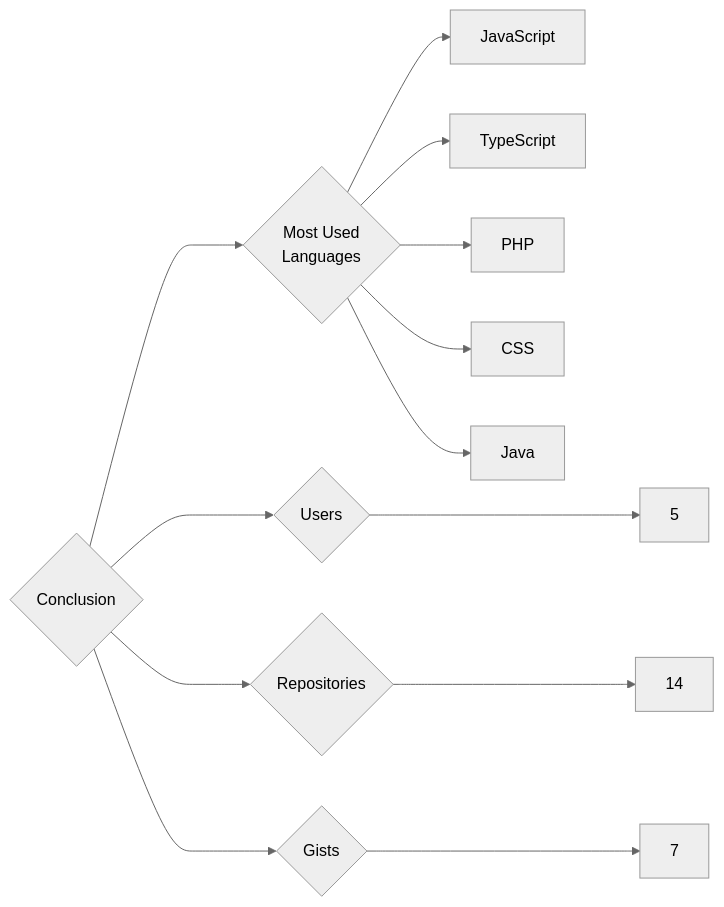
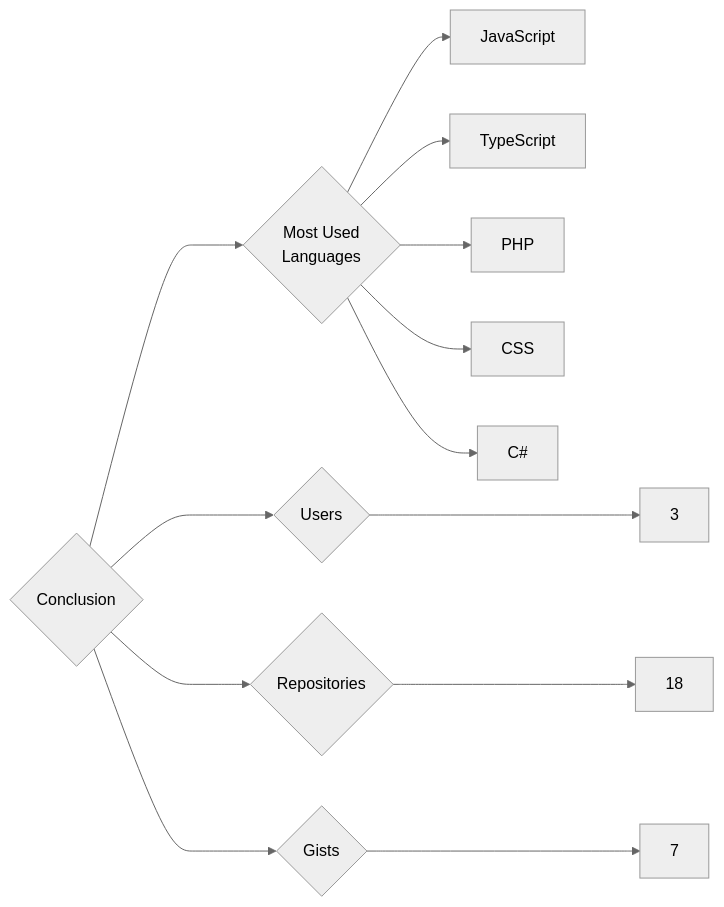
The diagram in targets/Conclusion/README.md (trickest/insiders), drawn with Mermaid (neutral theme) before and after one commit. The commit also changed 925 other files, not shown here.

````diff
--- a/targets/Conclusion/README.md
+++ b/targets/Conclusion/README.md
@@ -3,13 +3,13 @@
 ```mermaid
 graph LR
 COMPANY_NAME{Conclusion}
-COMPANY_NAME ---> U{Users} ---> UN[5]
-COMPANY_NAME ---> R{Repositories} ---> RN[14]
+COMPANY_NAME ---> U{Users} ---> UN[3]
+COMPANY_NAME ---> R{Repositories} ---> RN[18]
 COMPANY_NAME ---> G{Gists} ---> GN[7]
 COMPANY_NAME ---> ML{Most Used<br>Languages}
 ML --> JavaScript[JavaScript]
 ML --> TypeScript[TypeScript]
 ML --> PHP[PHP]
 ML --> CSS[CSS]
-ML --> Java[Java]
+ML --> C#[C#]
 ```
````
